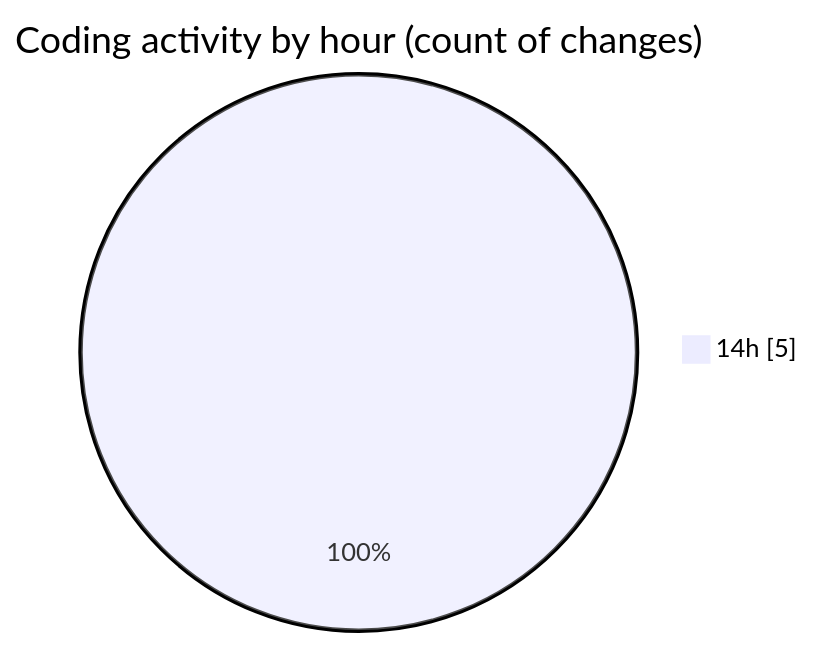
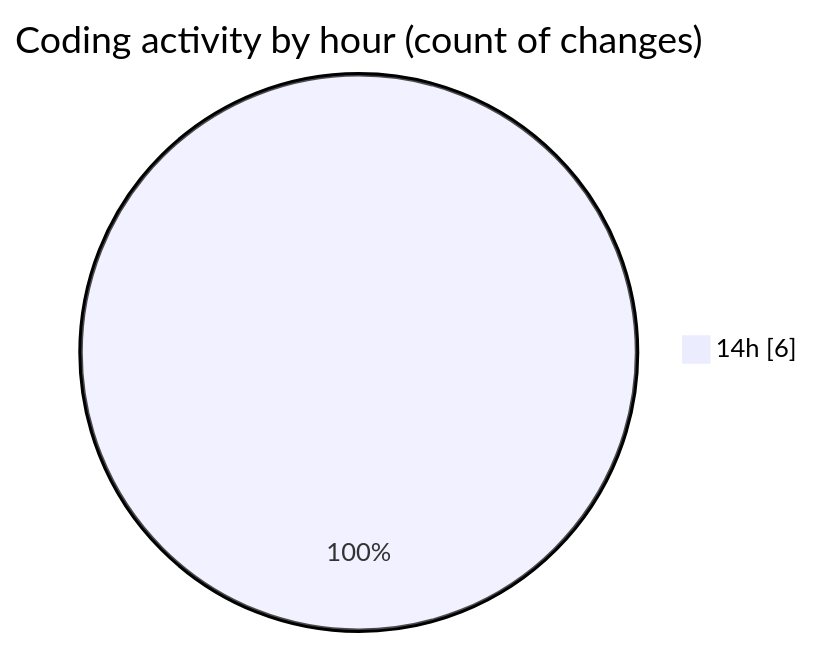
The second of 2 diagrams in 2025-02-12/coding_prac_4/README.md (NitaiMahat/code-tracking), drawn with Mermaid before and after one commit. The commit also changed other lines of this file and 1 other file, not shown here.

````diff
--- a/2025-02-12/coding_prac_4/README.md
+++ b/2025-02-12/coding_prac_4/README.md
@@ -28,5 +29,5 @@
 ```mermaid
 pie showData
 title Coding activity by hour (count of changes)
-"14h" : 5
+"14h" : 6
 ```
````
